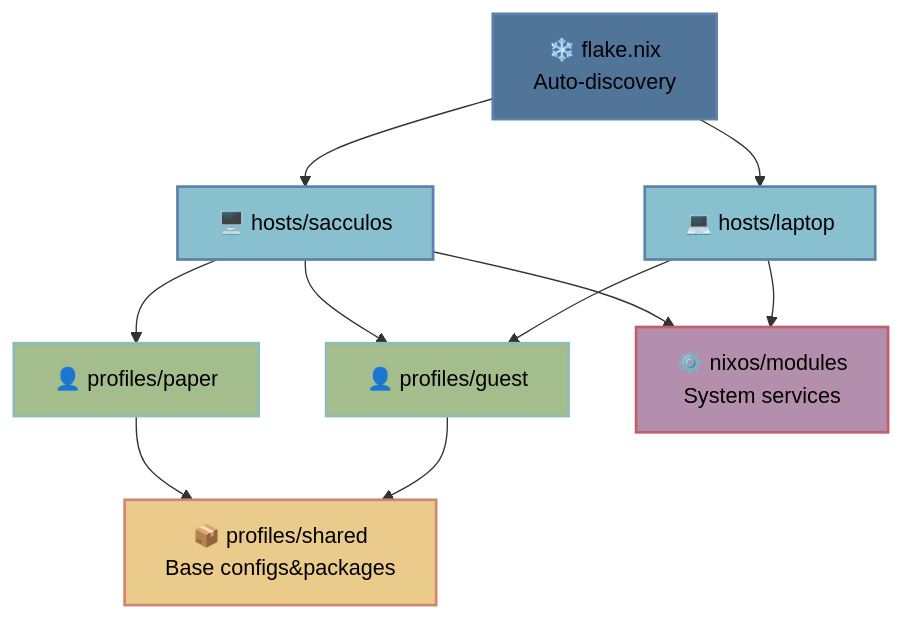
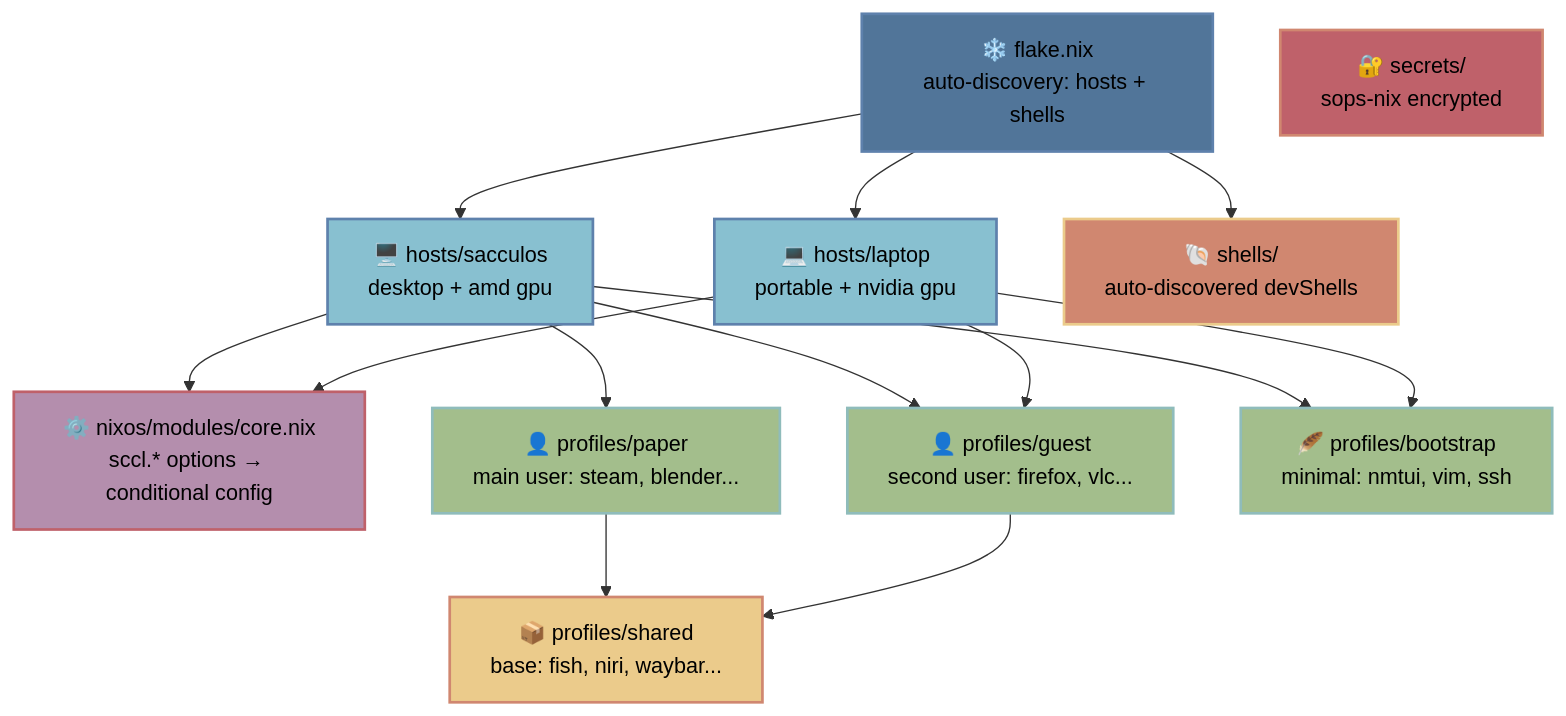
Before and after one commit to scclie/sccl_nix: the diagram in README.md, drawn with Mermaid. The commit also changed other lines of this file and 11 other files, not shown here.

Commit message:
docs(readme): update for new sccl.* architecture, bootstrap, sops-nix, shells

````diff
--- a/README.md
+++ b/README.md
@@ -61,38 +53,51 @@
 ```mermaid
 flowchart TD
-    F[❄️ flake.nix<br/>Auto-discovery]
+    F[❄️ flake.nix<br/>auto-discovery: hosts + shells]
 
-    P1[👤 profiles/paper]
-    P2[👤 profiles/guest]
+    NM[⚙️ nixos/modules/core.nix<br/>sccl.* options → conditional config]
 
-    H1[🖥️  hosts/sacculos]
-    H2[💻 hosts/laptop]
+    H1[🖥️  hosts/sacculos<br/>desktop + amd gpu]
+    H2[💻 hosts/laptop<br/>portable + nvidia gpu]
 
-   NM[⚙️ nixos/modules<br/>System services]
-   PS[📦 profiles/shared<br/>Base configs&packages]
+    P1[👤 profiles/paper<br/>main user: steam, blender...]
+    P2[👤 profiles/guest<br/>second user: firefox, vlc...]
+    PS[📦 profiles/shared<br/>base: fish, niri, waybar...]
+
+    PB[🪶 profiles/bootstrap<br/>minimal: nmtui, vim, ssh]
+
+    S[🔐 secrets/<br/>sops-nix encrypted]
+    SH[🐚 shells/<br/>auto-discovered devShells]
 
     F --> H1
     F --> H2
-    
+    F --> SH
+
+    H1 --> NM
+    H2 --> NM
+
     H1 --> P1
     H1 --> P2
     H2 --> P2
-    
+
+    H1 --> PB
+    H2 --> PB
+
     P1 --> PS
     P2 --> PS
-    
-    H1 --> NM
-    H2 --> NM
-    
-    classDef flakeStyle fill:#517599,stroke:#5e81ac,stroke-width:2px,color:#000000
-    classDef hostStyle fill:#88c0d0,stroke:#5e81ac,stroke-width:2px,color:#000000
-    classDef profileStyle fill:#a3be8c,stroke:#8fbcbb,stroke-width:2px,color:#000000
-    classDef sharedStyle fill:#ebcb8b,stroke:#d08770,stroke-width:2px,color:#000000
-    classDef moduleStyle fill:#b48ead,stroke:#bf616a,stroke-width:2px,color:#000000
-    
+
+    classDef flakeStyle fill:#517599,stroke:#5e81ac,stroke-width:2px,color:#000
+    classDef hostStyle fill:#88c0d0,stroke:#5e81ac,stroke-width:2px,color:#000
+    classDef profileStyle fill:#a3be8c,stroke:#8fbcbb,stroke-width:2px,color:#000
+    classDef sharedStyle fill:#ebcb8b,stroke:#d08770,stroke-width:2px,color:#000
+    classDef moduleStyle fill:#b48ead,stroke:#bf616a,stroke-width:2px,color:#000
+    classDef secretStyle fill:#bf616a,stroke:#d08770,stroke-width:2px,color:#000
+    classDef shellStyle fill:#d08770,stroke:#ebcb8b,stroke-width:2px,color:#000
+
     class F flakeStyle
     class H1,H2 hostStyle
-    class P1,P2 profileStyle
+    class P1,P2,PB profileStyle
     class PS sharedStyle
     class NM moduleStyle
+    class S secretStyle
+    class SH shellStyle
 ```
````
